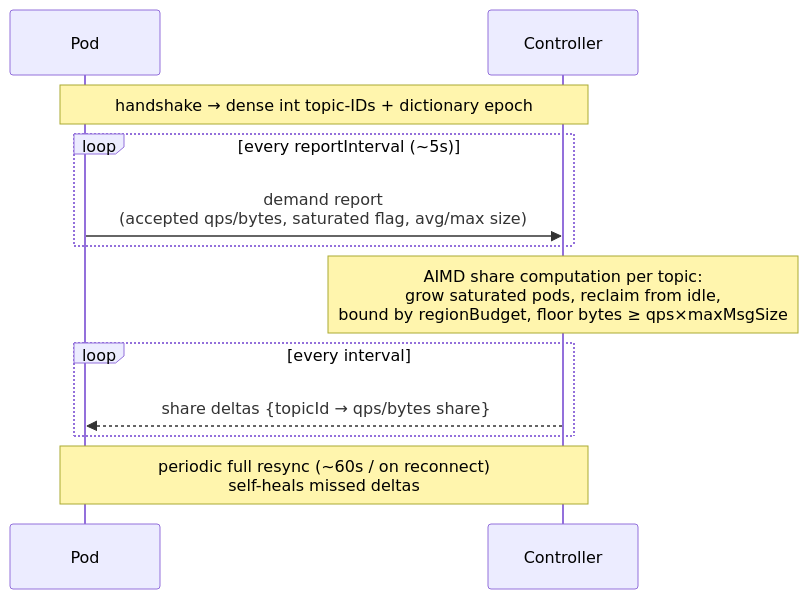
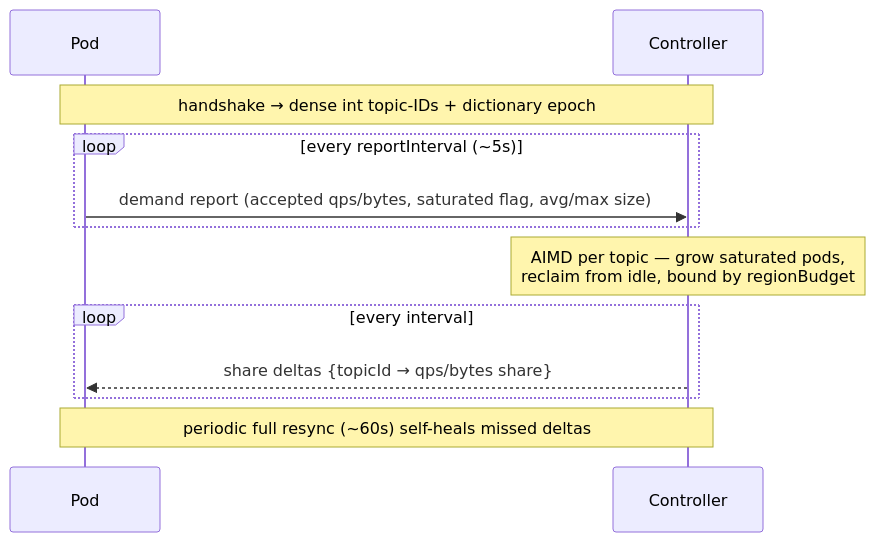
The fifth of 5 diagrams in vips/VIP-0001.md (flipkart-incubator/varadhi), drawn with Mermaid before and after one commit. The commit also changed other lines of this file, not shown here.

````diff
--- a/vips/VIP-0001.md
+++ b/vips/VIP-0001.md
@@ -313,14 +555,14 @@
 ```mermaid
 sequenceDiagram
     participant Pod
     participant Controller
     Note over Pod,Controller: handshake → dense int topic-IDs + dictionary epoch
     loop every reportInterval (~5s)
-        Pod->>Controller: demand report<br/>(accepted qps/bytes, saturated flag, avg/max size)
+        Pod->>Controller: demand report (accepted qps/bytes, saturated flag, avg/max size)
     end
-    Note over Controller: AIMD share computation per topic:<br/>grow saturated pods, reclaim from idle,<br/>bound by regionBudget, floor bytes ≥ qps×maxMsgSize
+    Note over Controller: AIMD per topic — grow saturated pods,<br/>reclaim from idle, bound by regionBudget
     loop every interval
         Controller-->>Pod: share deltas {topicId → qps/bytes share}
     end
-    Note over Controller,Pod: periodic full resync (~60s / on reconnect)<br/>self-heals missed deltas
+    Note over Controller,Pod: periodic full resync (~60s) self-heals missed deltas
 ```
````
